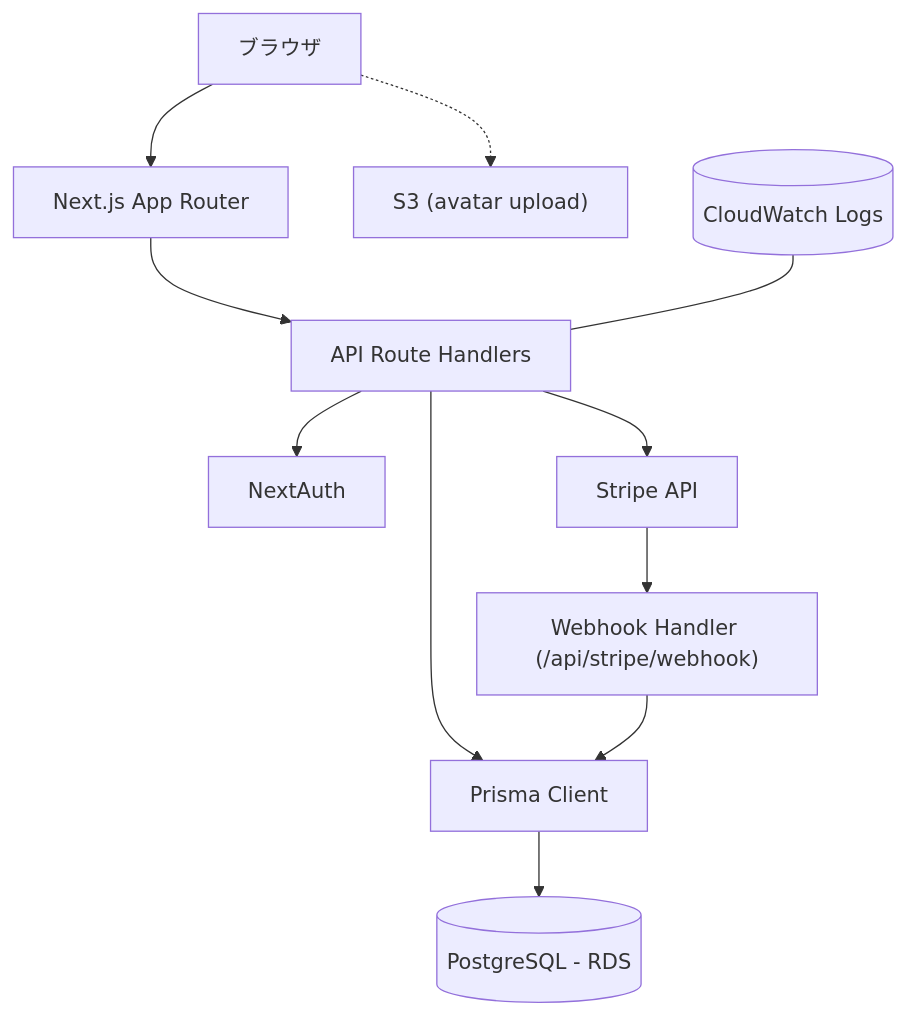
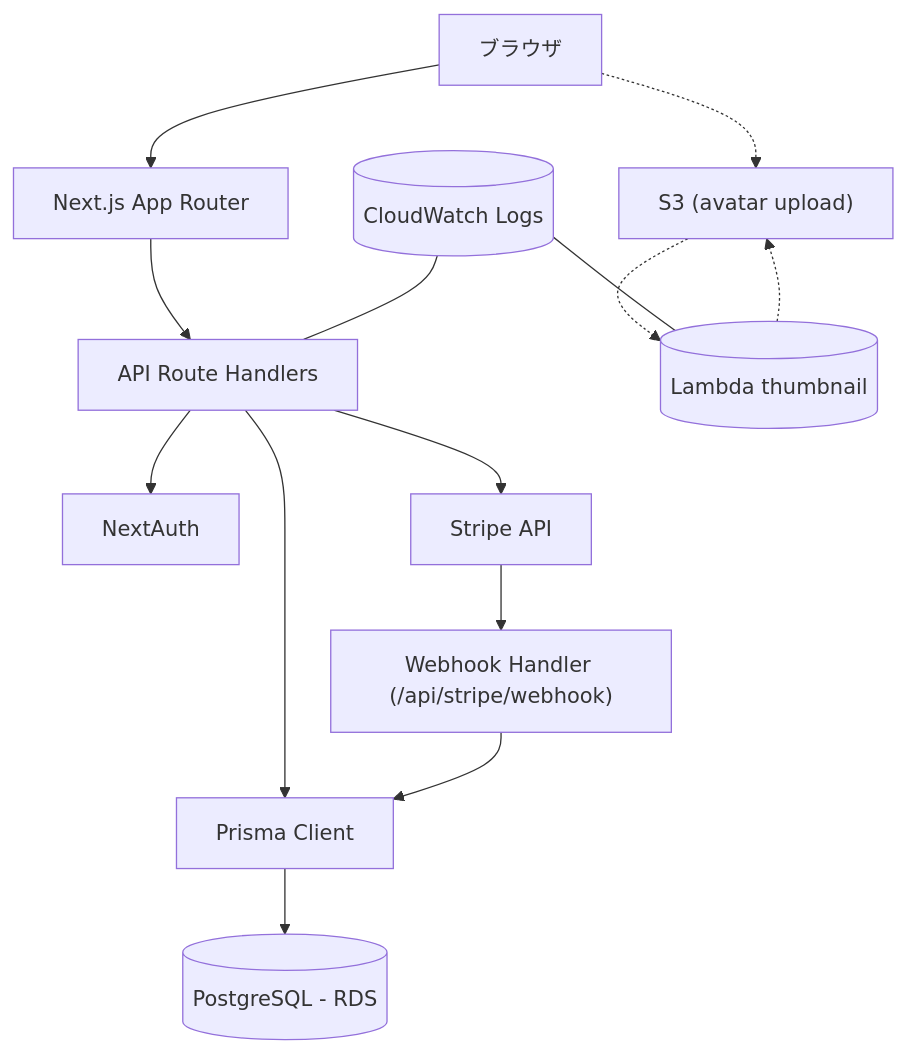
The first of 3 diagrams in README.md (toki-sumo/PostNest), drawn with Mermaid before and after one commit. The commit also changed other lines of this file, not shown here.

Commit message:
docs(readme): document implemented Lambda thumbnail flow (arch, section, IAM, monitoring)

````diff
--- a/README.md
+++ b/README.md
@@ -133,13 +133,16 @@
 ```mermaid
 flowchart TD
   Client[ブラウザ] --> Next[Next.js App Router]
   Next --> API[API Route Handlers]
   API --> Auth[NextAuth]
   API --> Prisma[Prisma Client]
   Prisma --> DB[(PostgreSQL - RDS)]
   API --> Stripe[Stripe API]
   Stripe --> Webhook["Webhook Handler (/api/stripe/webhook)"]
   Webhook --> Prisma
   Client -.-> S3["S3 (avatar upload)"]
+  S3 -.-> Lambda[(Lambda thumbnail)]
+  Lambda -.-> S3
   CW[(CloudWatch Logs)] --- API
+  CW --- Lambda
 ```
````
